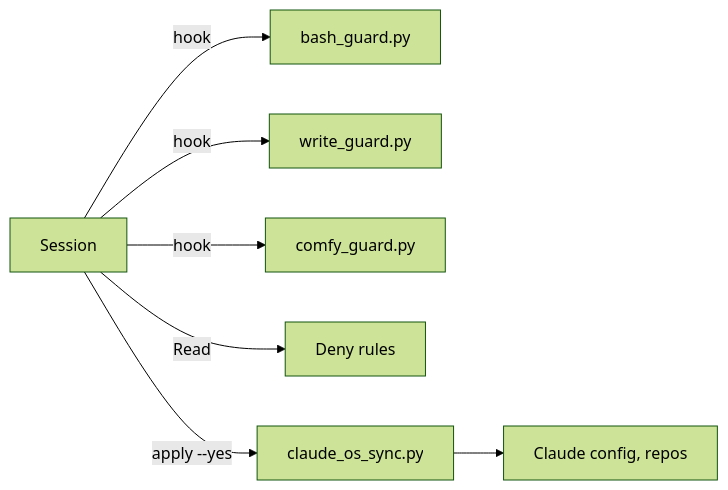
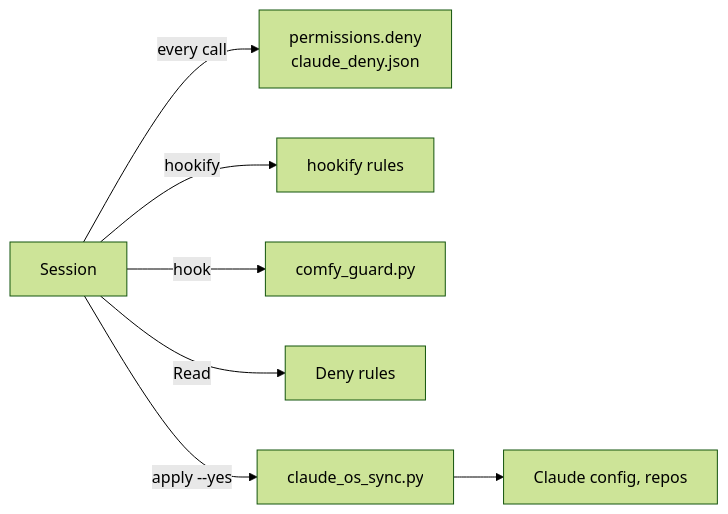
One commit to SoulCraft-Org/git-crafter changed the diagram in tools/THREAT-MODEL.md. Above: the diagram before and after it, drawn with Mermaid (forest theme). The commit also changed other lines of this file and 58 other files, not shown here.

First line of the commit message:
Retire 7/7: deny rules and hookify replace bash_guard, write_guard and turn_check

````diff
--- a/tools/THREAT-MODEL.md
+++ b/tools/THREAT-MODEL.md
@@ -5,8 +5,8 @@
 ```mermaid
 flowchart LR
-  S[Session] -->|hook| B[bash_guard.py]
-  S -->|hook| W[write_guard.py]
+  S[Session] -->|every call| N[permissions.deny<br/>claude_deny.json]
+  S -->|hookify| K[hookify rules]
   S -->|hook| C[comfy_guard.py]
   S -->|Read| D[Deny rules]
   S -->|apply --yes| Y[claude_os_sync.py] --> R[Claude config, repos]
 ```
````
